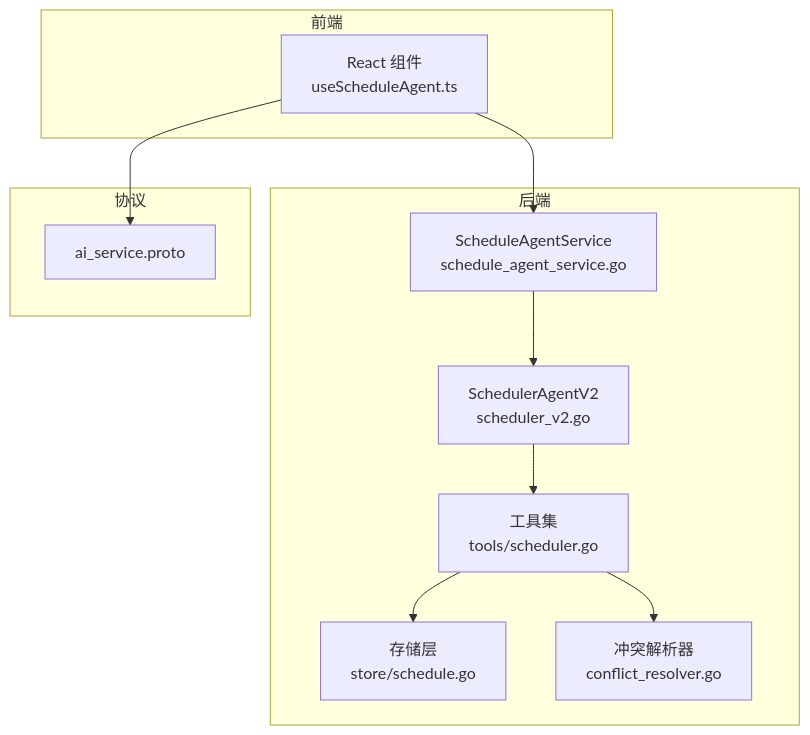
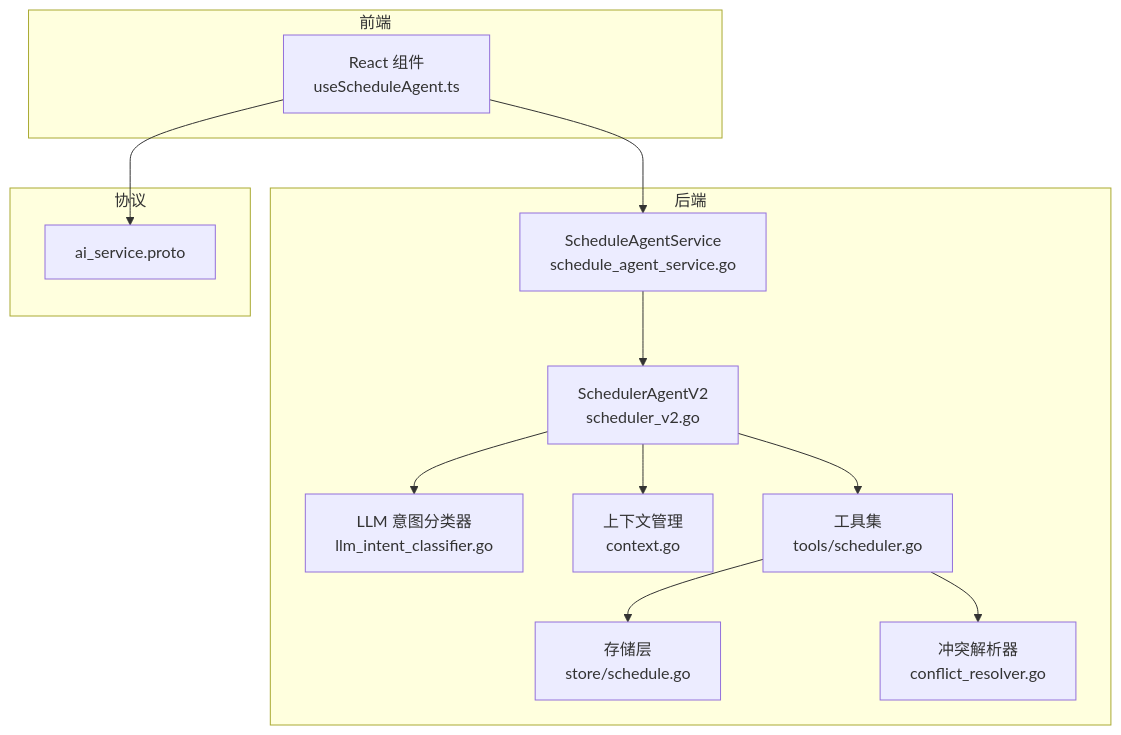
One commit to hrygo/memos changed the first of 5 diagrams in .qoder/repowiki/zh/content/API 接口文档/服务接口规范/AI 服务 API/日程代理 API.md. Above: the diagram before and after it, drawn with Mermaid. The commit also changed other lines of this file and 29 other files, not shown here.

````diff
--- a/.qoder/repowiki/zh/content/API 接口文档/服务接口规范/AI 服务 API/日程代理 API.md
+++ b/.qoder/repowiki/zh/content/API 接口文档/服务接口规范/AI 服务 API/日程代理 API.md
@@ -49,22 +62,26 @@
 ```mermaid
 graph TB
 subgraph "前端"
 FE["React 组件<br/>useScheduleAgent.ts"]
 end
 subgraph "后端"
 SVC["ScheduleAgentService<br/>schedule_agent_service.go"]
 AGENT["SchedulerAgentV2<br/>scheduler_v2.go"]
+INTENT["LLM 意图分类器<br/>llm_intent_classifier.go"]
+CTX["上下文管理<br/>context.go"]
 TOOLS["工具集<br/>tools/scheduler.go"]
 STORE["存储层<br/>store/schedule.go"]
 CR["冲突解析器<br/>conflict_resolver.go"]
 end
 subgraph "协议"
 PROTO["ai_service.proto"]
 end
 FE --> PROTO
 FE --> SVC
 SVC --> AGENT
+AGENT --> INTENT
+AGENT --> CTX
 AGENT --> TOOLS
 TOOLS --> STORE
 TOOLS --> CR
 ```
````
